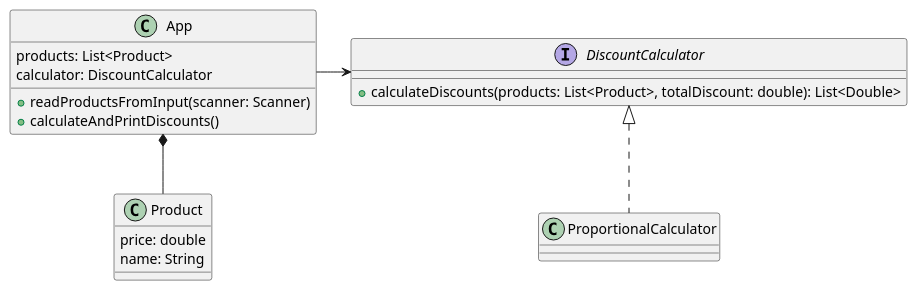
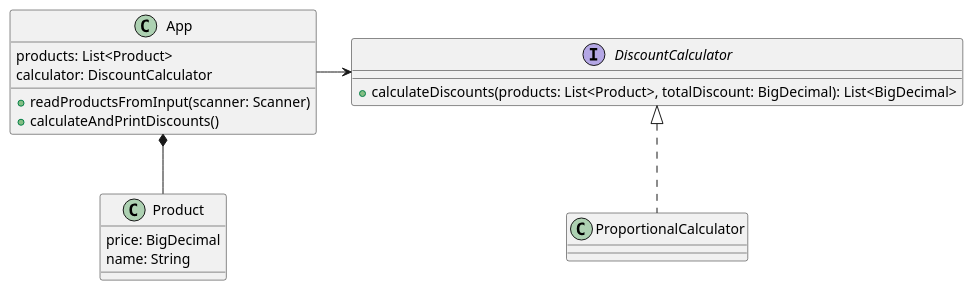
The diagram in class_diagram.puml (kichel98/unity-recruitment), drawn with PlantUML before and after one commit. The commit also changed 6 other files, not shown here.

```diff
--- a/class_diagram.puml
+++ b/class_diagram.puml
@@ -1,25 +1,25 @@
 @startuml
 
 class Product {
-    price: double
+    price: BigDecimal
     name: String
 }
 
 interface DiscountCalculator {
-    +calculateDiscounts(products: List<Product>, totalDiscount: double): List<Double>
+    +calculateDiscounts(products: List<Product>, totalDiscount: BigDecimal): List<BigDecimal>
 }
 class App {
     products: List<Product>
     calculator: DiscountCalculator
     +readProductsFromInput(scanner: Scanner)
     +calculateAndPrintDiscounts()
 }
 
 class ProportionalCalculator
 
 DiscountCalculator <|.. ProportionalCalculator
 App -> DiscountCalculator
 App *-- Product
 
 
 @enduml
```
